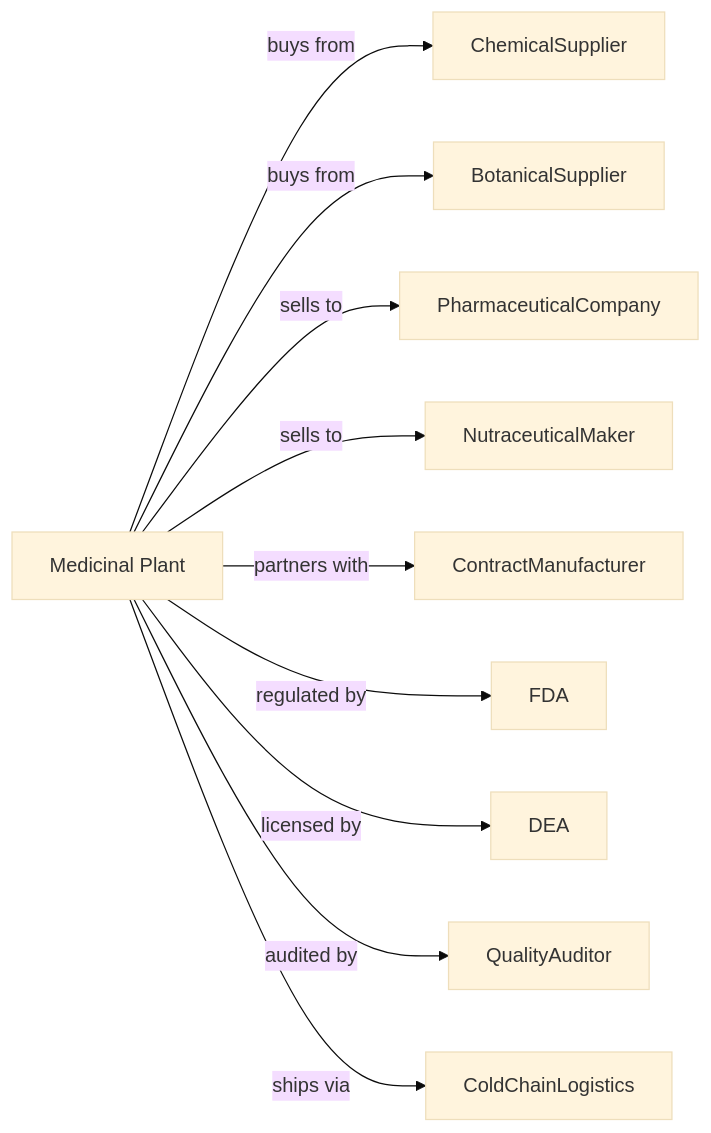
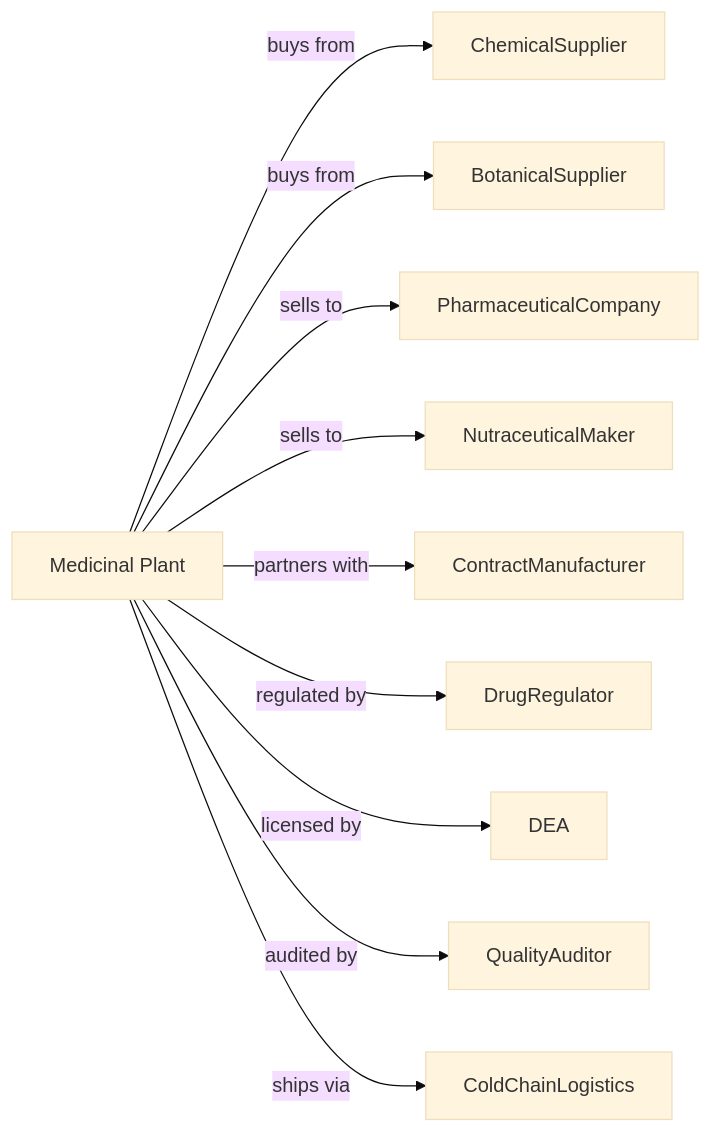
Before and after one commit to dot-org-ai/industries.org.ai: the second of 2 diagrams in Manufacturing/ChemicalManufacturing/PharmaceuticalAndMedicineManufacturing/MedicinalAndBotanicalManufacturing.mdx, drawn with Mermaid (base theme). The commit also changed other lines of this file and 588 other files, not shown here.

````diff
--- a/Manufacturing/ChemicalManufacturing/PharmaceuticalAndMedicineManufacturing/MedicinalAndBotanicalManufacturing.mdx
+++ b/Manufacturing/ChemicalManufacturing/PharmaceuticalAndMedicineManufacturing/MedicinalAndBotanicalManufacturing.mdx
@@ -131,14 +131,14 @@
 ```mermaid
 graph LR
     M[Medicinal Plant]
 
     M -->|buys from| ChemicalSupplier
     M -->|buys from| BotanicalSupplier
     M -->|sells to| PharmaceuticalCompany
     M -->|sells to| NutraceuticalMaker
     M -->|partners with| ContractManufacturer
-    M -->|regulated by| FDA
+    M -->|regulated by| DrugRegulator
     M -->|licensed by| DEA
     M -->|audited by| QualityAuditor
     M -->|ships via| ColdChainLogistics
 ```
````
